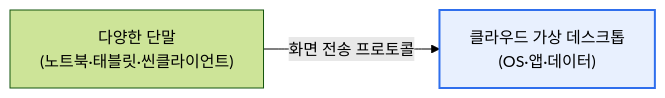
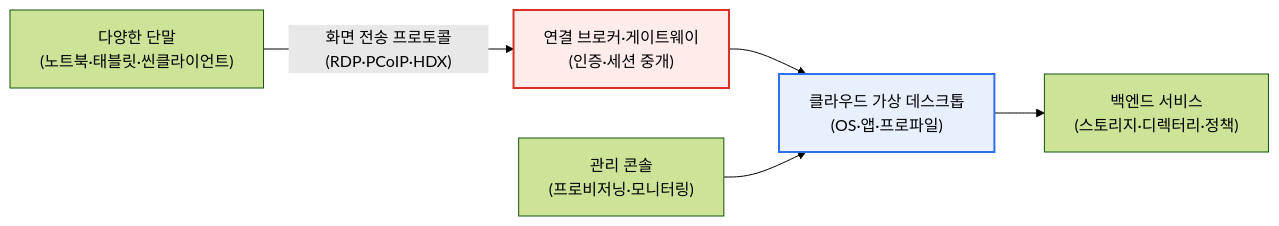
The first of 2 diagrams in content/daas.md (coninggu/wjdqhrhksflrltnftk), drawn with Mermaid (forest theme) before and after one commit. The commit also changed other lines of this file and 3 other files, not shown here.

````diff
--- a/content/daas.md
+++ b/content/daas.md
@@ -15,5 +23,9 @@
 ```mermaid
 flowchart LR
-  U["다양한 단말<br/>(노트북·태블릿·씬클라이언트)"] -->|화면 전송 프로토콜| C["클라우드 가상 데스크톱<br/>(OS·앱·데이터)"]
+  U["다양한 단말<br/>(노트북·태블릿·씬클라이언트)"] -->|"화면 전송 프로토콜(RDP·PCoIP·HDX)"| B["연결 브로커·게이트웨이<br/>(인증·세션 중개)"]
+  B --> C["클라우드 가상 데스크톱<br/>(OS·앱·프로파일)"]
+  C --> S["백엔드 서비스<br/>(스토리지·디렉터리·정책)"]
+  M["관리 콘솔<br/>(프로비저닝·모니터링)"] --> C
   style C fill:#e8f0fe,stroke:#2f6fed,stroke-width:2px
+  style B fill:#fdecea,stroke:#d93025,stroke-width:2px
 ```
````
